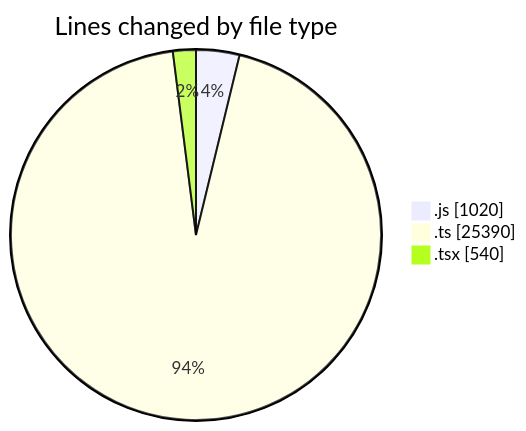
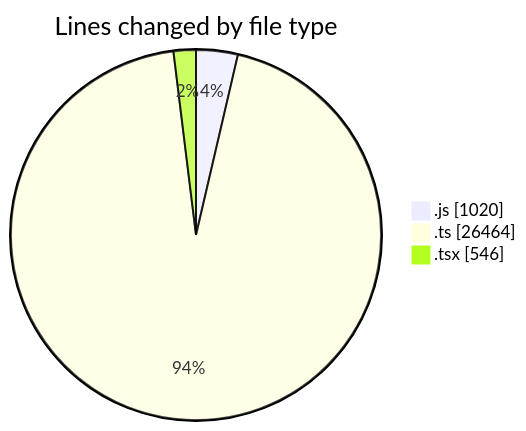
Before and after one commit to momahboobian/code-tracking: the first of 2 diagrams in 2026-01-15/cda/README.md, drawn with Mermaid. The commit also changed other lines of this file and 1 other file, not shown here.

````diff
--- a/2026-01-15/cda/README.md
+++ b/2026-01-15/cda/README.md
@@ -31,7 +32,7 @@
 ```mermaid
 pie showData
 title Lines changed by file type
 ".js" : 1020
-".ts" : 25390
-".tsx" : 540
+".ts" : 26464
+".tsx" : 546
 ```
````
